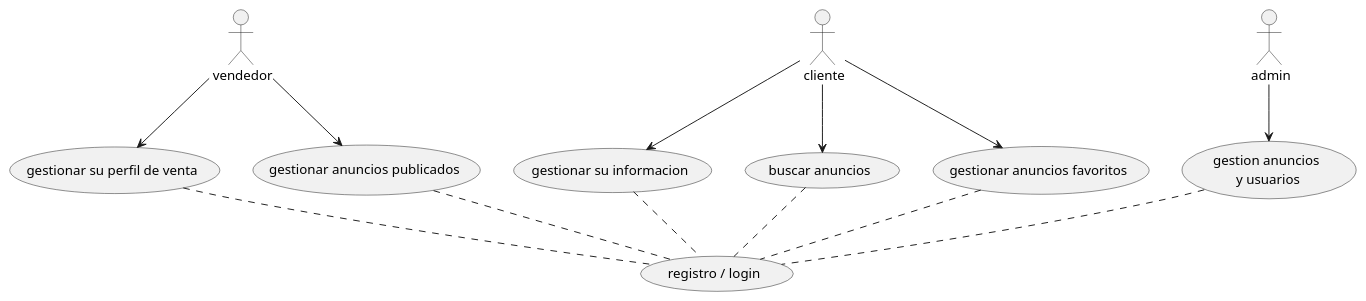
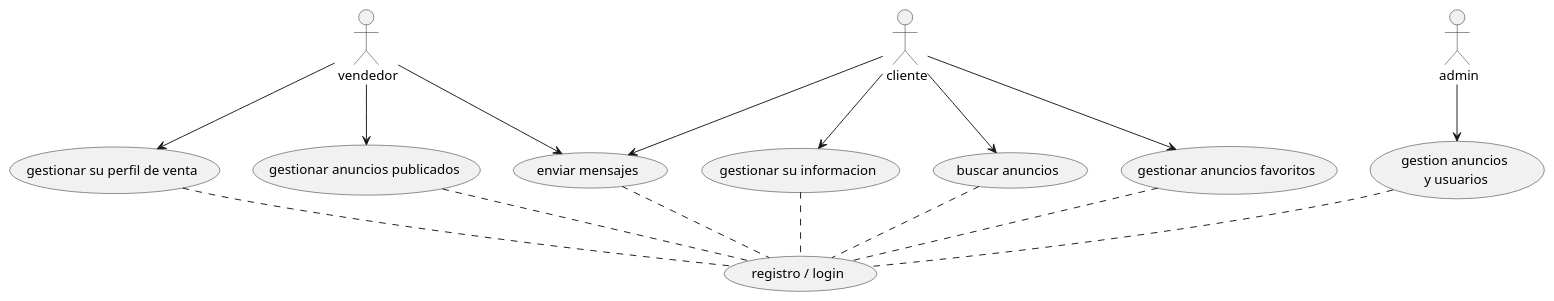
The diagram in docs/diagrama-casos-uso.puml (leoperezhinojosa/inmojaen), drawn with PlantUML before and after one commit. The commit also changed 12 other files, not shown here.

```diff
--- a/docs/diagrama-casos-uso.puml
+++ b/docs/diagrama-casos-uso.puml
@@ -1,30 +1,34 @@
 @startuml Diagrama de Casos de Uso - InmoJaen
 
 usecase (gestion anuncios\n y usuarios) as Proc01
 actor : admin: as Admin
 Admin --> Proc01
 
 usecase (gestionar su perfil de venta) as Proc02
 usecase (gestionar anuncios publicados) as Proc03
+usecase (enviar mensajes) as Proc04
 actor : vendedor: as Vendedor
 Vendedor --> Proc02
 Vendedor --> Proc03
+Vendedor --> Proc04
 
-usecase (gestionar su informacion) as Proc04
-usecase (buscar anuncios) as Proc05
-usecase (gestionar anuncios favoritos) as Proc06
+usecase (gestionar su informacion) as Proc05
+usecase (buscar anuncios) as Proc06
+usecase (gestionar anuncios favoritos) as Proc07
 actor : cliente: as Cliente
 Cliente --> Proc04
 Cliente --> Proc05
 Cliente --> Proc06
+Cliente --> Proc07
 
-usecase ( registro / login ) as Proc07
+usecase ( registro / login ) as Proc08
 
-Proc01 .. Proc07
-Proc02 .. Proc07
-Proc03 .. Proc07
-Proc04 .. Proc07
-Proc05 .. Proc07
-Proc06 .. Proc07
+Proc01 .. Proc08
+Proc02 .. Proc08
+Proc03 .. Proc08
+Proc04 .. Proc08
+Proc05 .. Proc08
+Proc06 .. Proc08
+Proc07 .. Proc08
 
 @enduml
```
